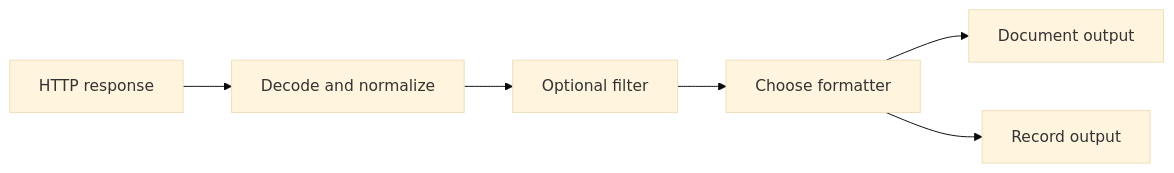
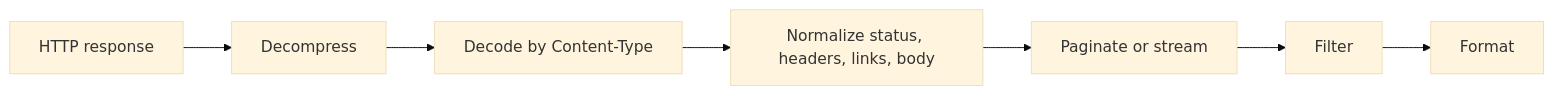
One commit to rest-sh/restish changed the diagram in site/content/en/docs/guides/output.md. Above: the diagram before and after it, drawn with Mermaid (base theme). The commit also changed other lines of this file and 104 other files, not shown here.

````diff
--- a/site/content/en/docs/guides/output.md
+++ b/site/content/en/docs/guides/output.md
@@ -21,8 +13,9 @@
 ```mermaid
 flowchart LR
-  A["HTTP response"] --> B["Decode and normalize"]
-  B --> C["Optional filter"]
-  C --> D["Choose formatter"]
-  D --> E["Document output"]
-  D --> F["Record output"]
+  A[HTTP response] --> B[Decompress]
+  B --> C[Decode by Content-Type]
+  C --> D[Normalize status, headers, links, body]
+  D --> E[Paginate or stream]
+  E --> F[Filter]
+  F --> G[Format]
 ```
````
